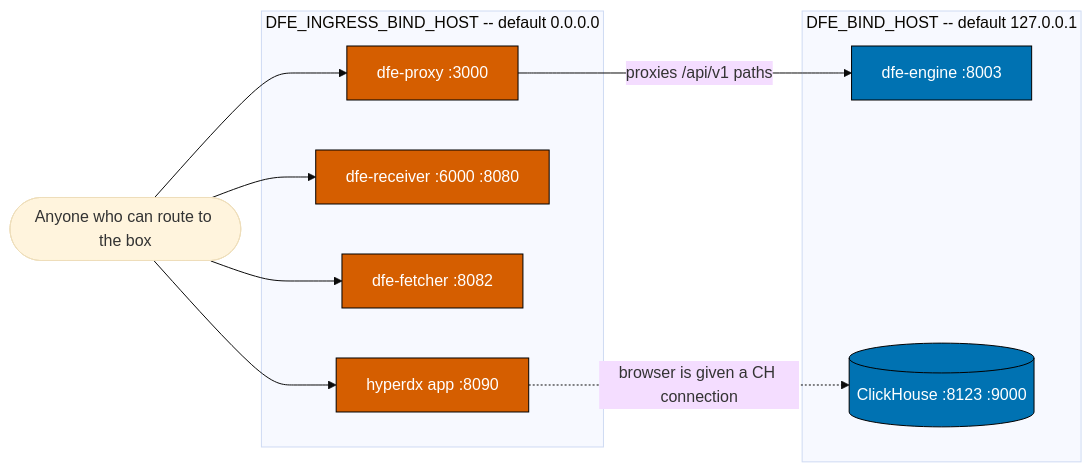
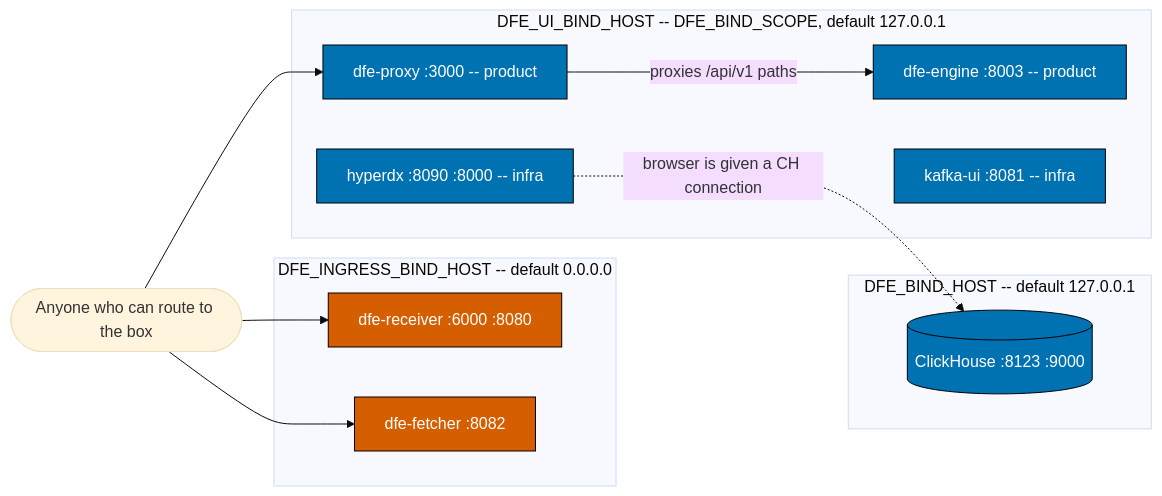
Before and after one commit to hyperi-io/dfe-docker: the diagram in docs/operating.md, drawn with Mermaid (base theme). The commit also changed other lines of this file and 13 other files, not shown here.

````diff
--- a/docs/operating.md
+++ b/docs/operating.md
@@ -43,28 +43,31 @@
 ```mermaid
 flowchart LR
     user(["Anyone who can route to the box"])
 
     subgraph ingress["DFE_INGRESS_BIND_HOST -- default 0.0.0.0"]
-        proxy["dfe-proxy :3000"]
         recv["dfe-receiver :6000 :8080"]
         fetch["dfe-fetcher :8082"]
-        hdx["hyperdx app :8090"]
+    end
+
+    subgraph uis["DFE_UI_BIND_HOST -- DFE_BIND_SCOPE, default 127.0.0.1"]
+        proxy["dfe-proxy :3000 -- product"]
+        engine["dfe-engine :8003 -- product"]
+        kafbat["kafka-ui :8081 -- infra"]
+        hdx["hyperdx :8090 :8000 -- infra"]
     end
 
     subgraph operator["DFE_BIND_HOST -- default 127.0.0.1"]
-        engine["dfe-engine :8003"]
         ch[(ClickHouse :8123 :9000)]
     end
 
-    user --> proxy
     user --> recv
     user --> fetch
-    user --> hdx
+    user --> proxy
     proxy -->|proxies /api/v1 paths| engine
     hdx -.->|browser is given a CH connection| ch
 
     classDef open fill:#D55E00,color:#ffffff,stroke:#000000
     classDef loop fill:#0072B2,color:#ffffff,stroke:#000000
-    class proxy,recv,fetch,hdx open
-    class engine,ch loop
+    class recv,fetch open
+    class proxy,engine,kafbat,hdx,ch loop
 ```
````
